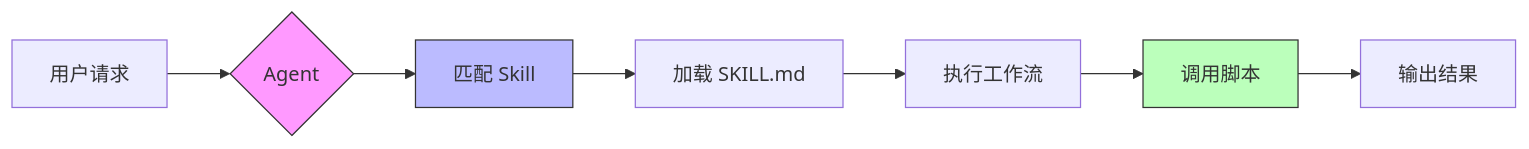
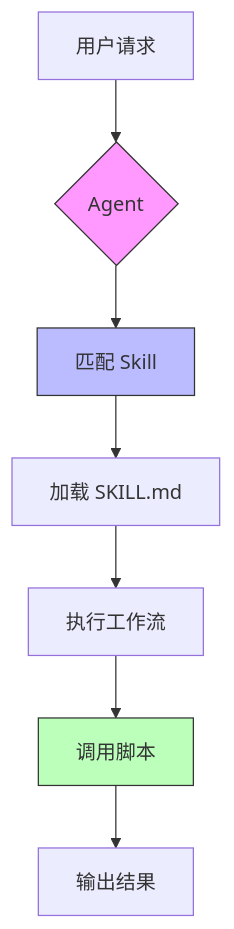
One commit to Coldplay-now/sddproskills changed the third of 6 diagrams in README.md. Above: the diagram before and after it, drawn with Mermaid. The commit also changed other lines of this file, not shown here.

````diff
--- a/README.md
+++ b/README.md
@@ -79,13 +130,13 @@
 ```mermaid
-graph LR
+graph TD
     A[用户请求] --> B{Agent}
     B --> C[匹配 Skill]
     C --> D[加载 SKILL.md]
     D --> E[执行工作流]
     E --> F[调用脚本]
     F --> G[输出结果]
     
     style B fill:#f9f,stroke:#333
     style C fill:#bbf,stroke:#333
     style F fill:#bfb,stroke:#333
 ```
````
